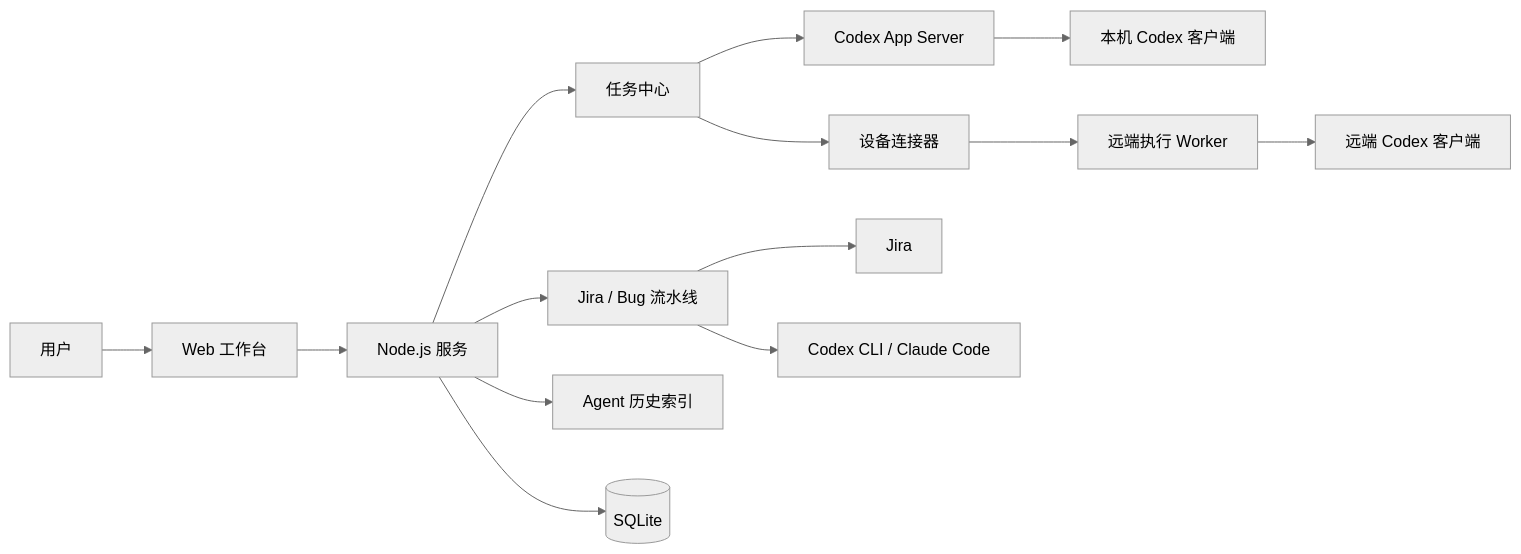
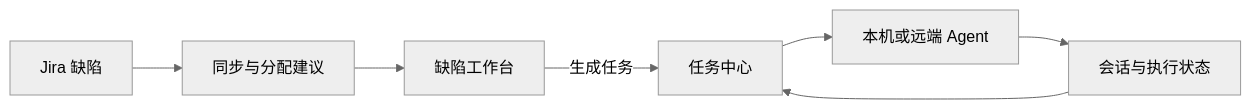
The diagram in README.md (Gausons/auto-workflow), drawn with Mermaid (neutral theme) before and after one commit. The commit also changed other lines of this file, not shown here.

````diff
--- a/README.md
+++ b/README.md
@@ -20,20 +18,9 @@
 ```mermaid
 flowchart LR
-    U[用户] --> UI[Web 工作台]
-    UI --> API[Node.js 服务]
-
-    API --> TC[任务中心]
-    API --> WF[Jira / Bug 流水线]
-    API --> AH[Agent 历史索引]
-    API --> DB[(SQLite)]
-
-    TC --> CAS[Codex App Server]
-    CAS --> CC[本机 Codex 客户端]
-
-    TC --> RC[设备连接器]
-    RC --> RW[远端执行 Worker]
-    RW --> RCC[远端 Codex 客户端]
-
-    WF --> JIRA[Jira]
-    WF --> CLI[Codex CLI / Claude Code]
+  Jira[Jira 缺陷] --> Sync[同步与分配建议]
+  Sync --> Bugs[缺陷工作台]
+  Bugs -->|生成任务| Tasks[任务中心]
+  Tasks --> Agent[本机或远端 Agent]
+  Agent --> Sessions[会话与执行状态]
+  Sessions --> Tasks
 ```
````
